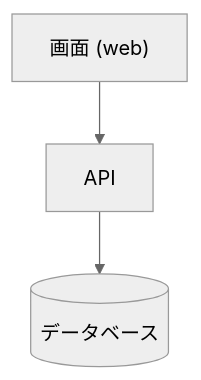
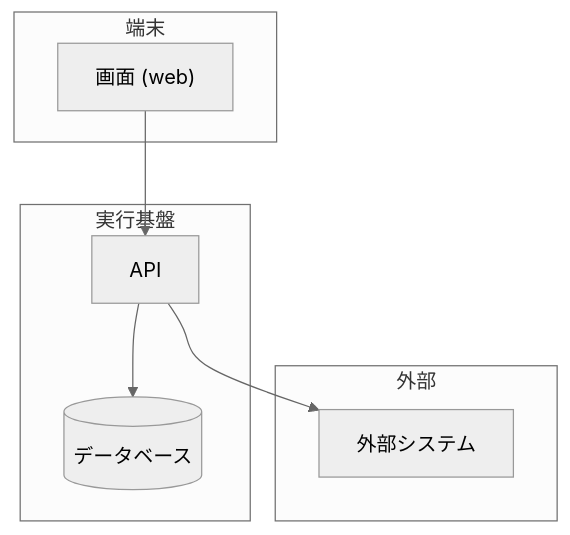
One commit to SakakitaniJunya/Igeta changed the diagram in templates/docs/person/design/shared/06-as-is-overview.md. Above: the diagram before and after it, drawn with Mermaid (neutral theme). The commit also changed other lines of this file and 37 other files, not shown here.

First line of the commit message:
人の文書は図を先に置く — person 雛形 16 本に kind ごとの図と、図の検査 D1〜D5 (ADR-0011) (#20)

````diff
--- a/templates/docs/person/design/shared/06-as-is-overview.md
+++ b/templates/docs/person/design/shared/06-as-is-overview.md
@@ -35,5 +25,14 @@
 ```mermaid
 flowchart TB
-  web["画面 (web)"] --> api["API"]
-  api --> db[("データベース")]
+  subgraph device["端末"]
+    web["画面 (web)"]
+  end
+  subgraph platform["実行基盤"]
+    api["API"] --> db[("データベース")]
+  end
+  subgraph outer["外部"]
+    ext["外部システム"]
+  end
+  web --> api
+  api --> ext
 ```
````
